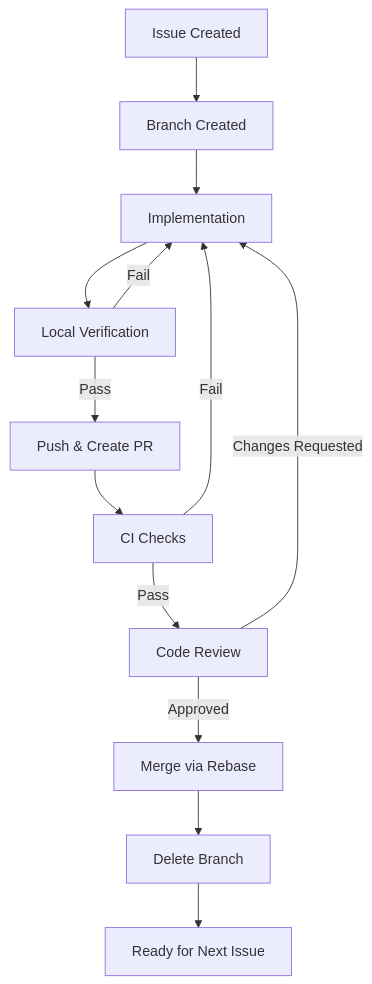
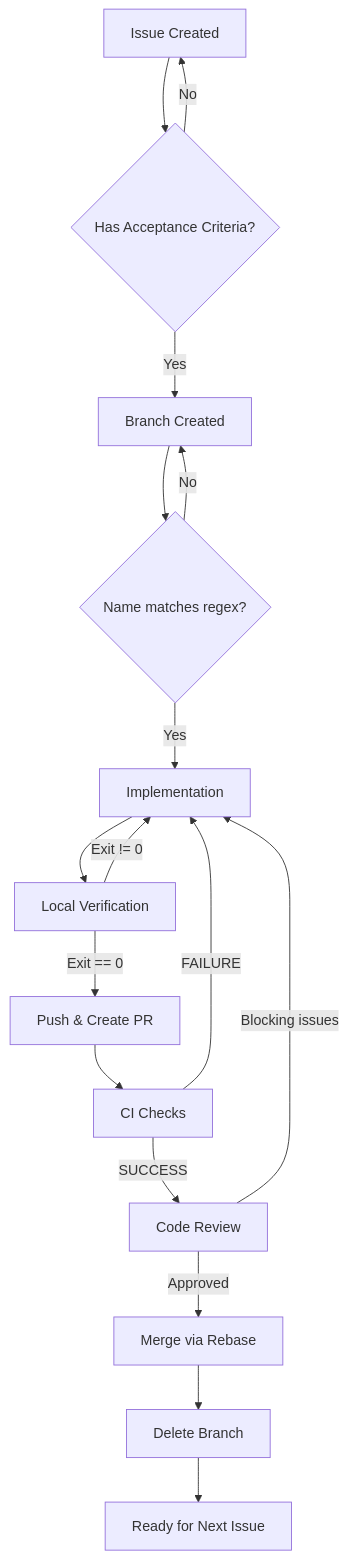
One commit to thiag0bezerra/dx changed the diagram in AGENTS.md. Above: the diagram before and after it, drawn with Mermaid. The commit also changed other lines of this file, not shown here.

````diff
--- a/AGENTS.md
+++ b/AGENTS.md
@@ -362,15 +447,19 @@
 ```mermaid
 graph TD
-    A[Issue Created] --> B[Branch Created]
-    B --> C[Implementation]
-    C --> D[Local Verification]
-    D -->|Fail| C
-    D -->|Pass| E[Push & Create PR]
-    E --> F[CI Checks]
-    F -->|Fail| C
-    F -->|Pass| G[Code Review]
-    G -->|Changes Requested| C
-    G -->|Approved| H[Merge via Rebase]
-    H --> I[Delete Branch]
-    I --> J[Ready for Next Issue]
+    A[Issue Created] --> B{Has Acceptance Criteria?}
+    B -->|No| A
+    B -->|Yes| C[Branch Created]
+    C --> D{Name matches regex?}
+    D -->|No| C
+    D -->|Yes| E[Implementation]
+    E --> F[Local Verification]
+    F -->|Exit != 0| E
+    F -->|Exit == 0| G[Push & Create PR]
+    G --> H[CI Checks]
+    H -->|FAILURE| E
+    H -->|SUCCESS| I[Code Review]
+    I -->|Blocking issues| E
+    I -->|Approved| J[Merge via Rebase]
+    J --> K[Delete Branch]
+    K --> L[Ready for Next Issue]
 ```
````
